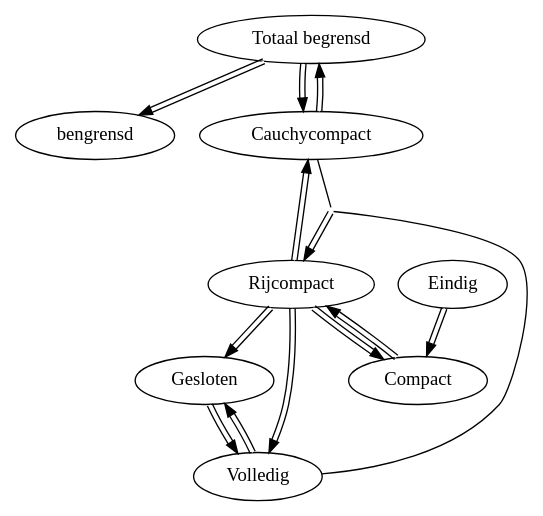
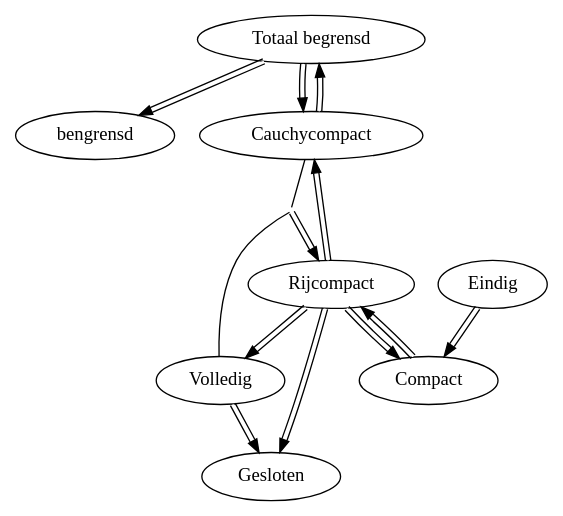
One commit to NorfairKing/analyse-notities changed the diagram in assets/compact.dot. Above: the diagram before and after it, drawn with Graphviz. The commit also changed 1 other file, not shown here.

```diff
--- a/assets/compact.dot
+++ b/assets/compact.dot
@@ -1,35 +1,34 @@
 digraph compact {
     
     compound=true;
 
     b  [label="bengrensd"];
     tb [label="Totaal begrensd"];
     rc [label="Rijcompact"];
     g  [label="Gesloten"];
     c  [label="Compact"];
     cc [label="Cauchycompact"];
     v  [label="Volledig"];
     e  [label="Eindig"];
 
     node[style="invis",shape="point"];
     edge[arrowhead="none"];
     v_en_cc;
     v -> v_en_cc;
     cc -> v_en_cc;
 
     edge[color="black:white:black",arrowhead="normal"];
 
 
     tb -> b;
     cc -> tb;
     tb -> cc;
     rc -> cc;
     v_en_cc -> rc;
     rc -> g;
     rc -> c;
     c -> rc;
     e -> c;
     rc -> v;
-    g -> v;
     v -> g;
 }
```
